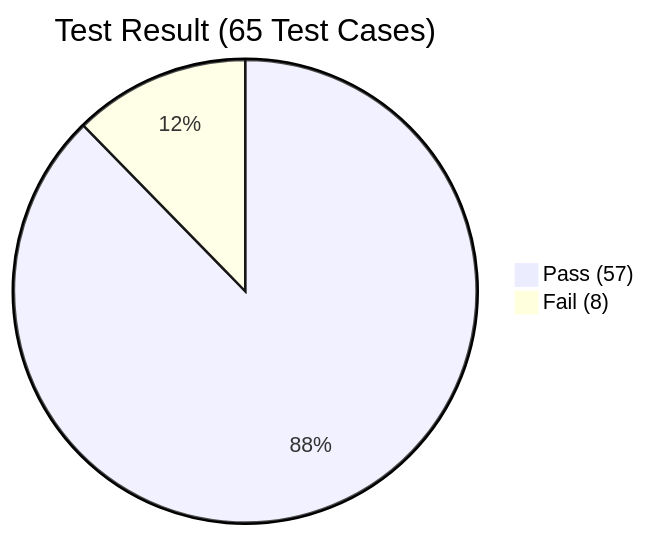
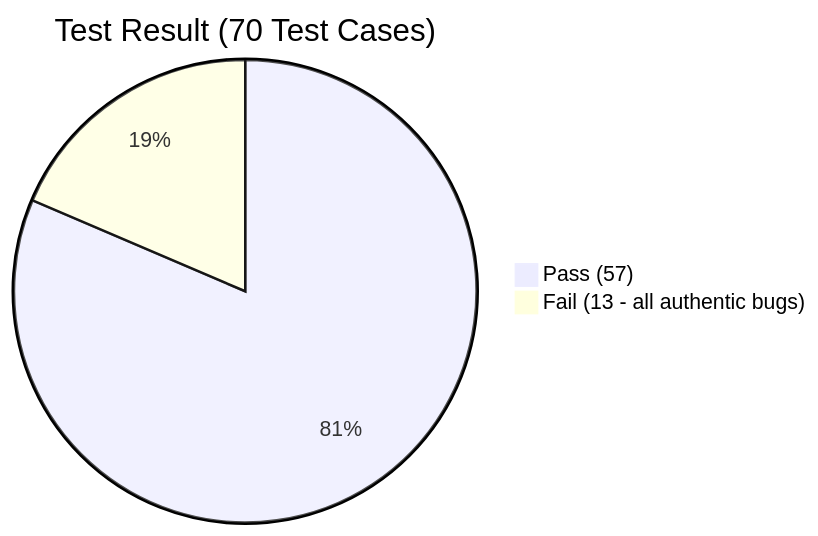
One commit to Szeligor/AI-playground changed the diagram in hge/reports/TEST_REPORT.md. Above: the diagram before and after it, drawn with Mermaid. The commit also changed other lines of this file and 5 other files, not shown here.

Commit message:
feat(hge): implement full test coverage for all 8 instructor defects (13 defects total, 70 tests)

````diff
--- a/hge/reports/TEST_REPORT.md
+++ b/hge/reports/TEST_REPORT.md
@@ -13,5 +13,5 @@
 ```mermaid
-pie title Test Result (65 Test Cases)
+pie title Test Result (70 Test Cases)
     "Pass (57)" : 57
-    "Fail (8)" : 8
+    "Fail (13 - all authentic bugs)" : 13
 ```
````
